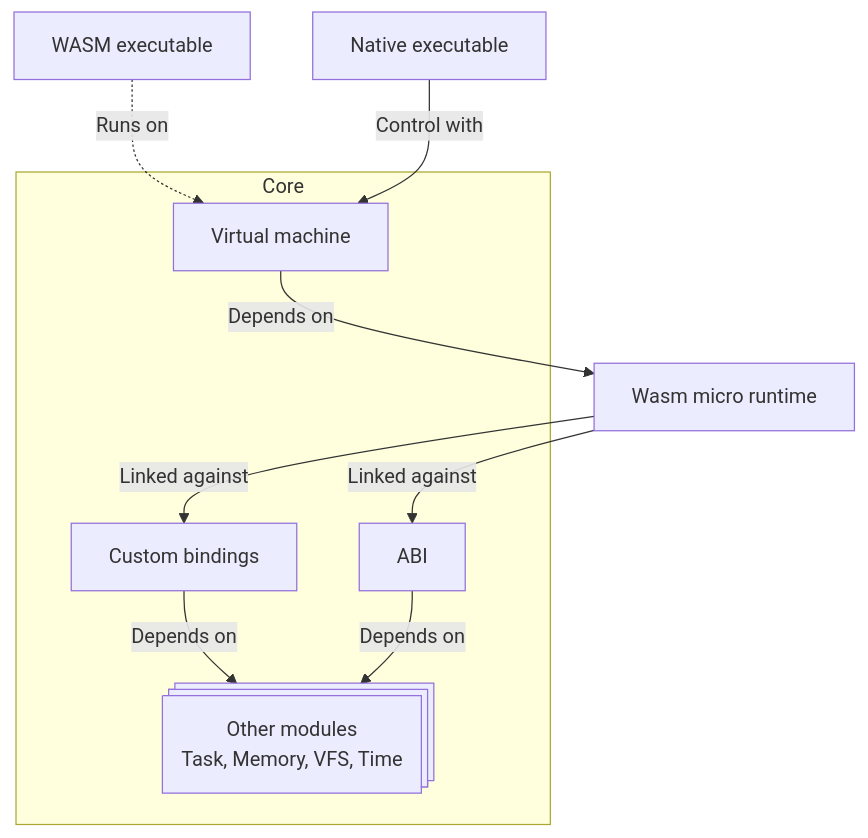
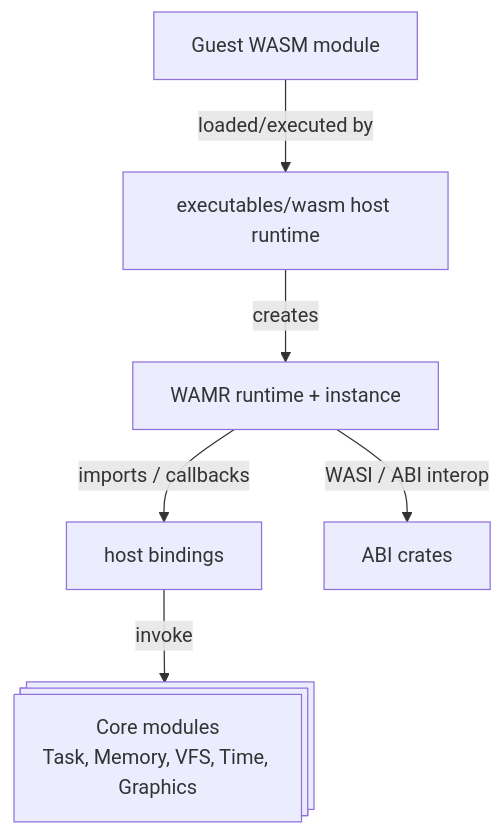
Before and after one commit to Xila-Project/Website: the diagram in src/guide/architecture/modules/virtual_machine.md, drawn with Mermaid. The commit also changed 7 other files, not shown here.

Commit message:
feat: update architecture diagrams for modules with improved clarity and detail

````diff
--- a/src/guide/architecture/modules/virtual_machine.md
+++ b/src/guide/architecture/modules/virtual_machine.md
@@ -51,23 +51,15 @@
 ```mermaid
 graph TB
-    WASM_application[WASM executable]
-    Native_executable[Native executable]
+    GuestWasm[Guest WASM module]
+    HostExec[executables/wasm host runtime]
+    WAMR[WAMR runtime + instance]
+    HostBindings[host bindings]
+    ABI[ABI crates]
+    CoreModules@{ shape: processes, label: "Core modules<br/>Task, Memory, VFS, Time, Graphics" }
 
-    WAMR[Wasm micro runtime]
-
-    subgraph Core
-        Virtual_machine[Virtual machine]
-        Custom_bindings[Custom bindings]
-        ABI[ABI]
-        Other_modules@{ shape: processes, label: "Other modules<br/>Task, Memory, VFS, Time" }
-    end
-
-    WASM_application -.->|Runs on| Virtual_machine
-    Virtual_machine -->|Depends on| WAMR
-
-    WAMR -->|Linked against| ABI
-    WAMR -->|Linked against| Custom_bindings
-    Custom_bindings -->|Depends on| Other_modules
-    ABI -->|Depends on| Other_modules
-    Native_executable -->|Control with| Virtual_machine
+    GuestWasm -->|loaded/executed by| HostExec
+    HostExec -->|creates| WAMR
+    WAMR -->|imports / callbacks| HostBindings
+    HostBindings -->|invoke| CoreModules
+    WAMR -->|WASI / ABI interop| ABI
 ```
````
